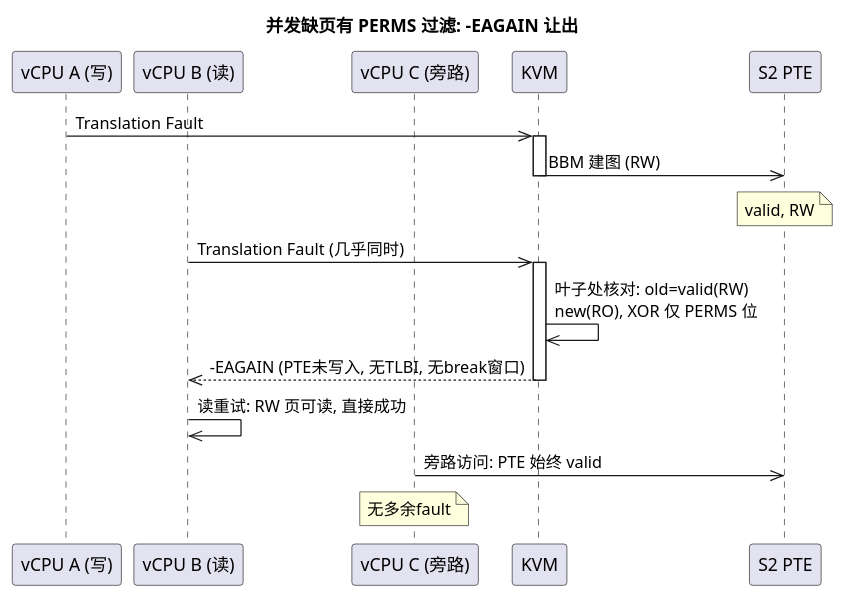
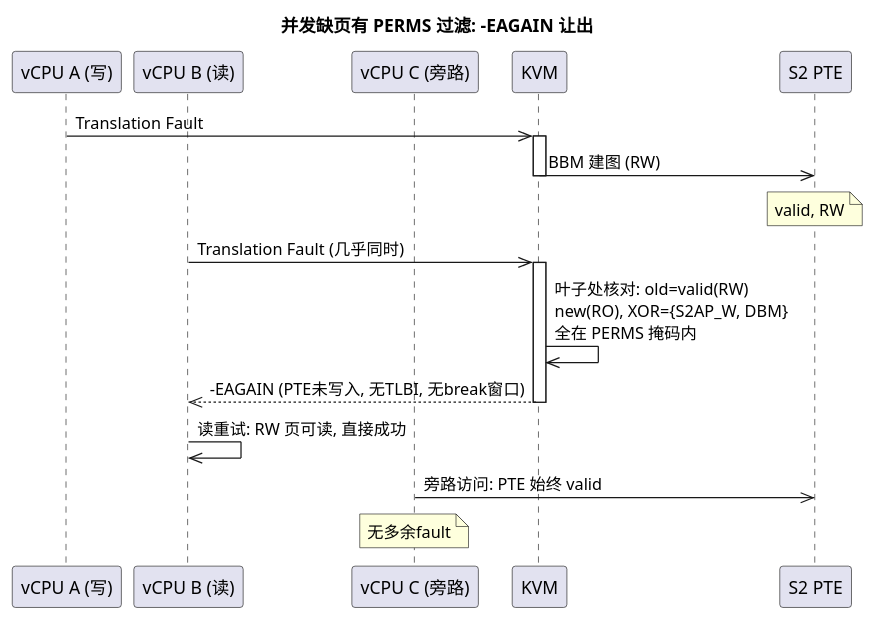
The second of 3 diagrams in shared/HDBSS/HDBSS_v5/docs/dbm_with_leo.md (AkiraZheng/workspace-mac), drawn with PlantUML before and after one commit. The commit also changed other lines of this file and 24 other files, not shown here.

````diff
--- a/shared/HDBSS/HDBSS_v5/docs/dbm_with_leo.md
+++ b/shared/HDBSS/HDBSS_v5/docs/dbm_with_leo.md
@@ -112,27 +272,27 @@
 ```plantuml
 @startuml
 title 并发缺页有 PERMS 过滤: -EAGAIN 让出
 
 participant "vCPU A (写)" as A
 participant "vCPU B (读)" as B
 participant "vCPU C (旁路)" as C
 participant "KVM" as K
 participant "S2 PTE" as P
 
 A ->> K: Translation Fault
 activate K
 K ->> P: BBM 建图 (RW)
 note over P: valid, RW
 deactivate K
 
 B ->> K: Translation Fault (几乎同时)
 activate K
-K ->> K: 叶子处核对: old=valid(RW)\nnew(RO), XOR 仅 PERMS 位
+K ->> K: 叶子处核对: old=valid(RW)\nnew(RO), XOR={S2AP_W, DBM}\n全在 PERMS 掩码内
 K -->> B: -EAGAIN (PTE未写入, 无TLBI, 无break窗口)
 deactivate K
 
 B ->> B: 读重试: RW 页可读, 直接成功
 C ->> P: 旁路访问: PTE 始终 valid
 note over C: 无多余fault
 @enduml
 ```
````
